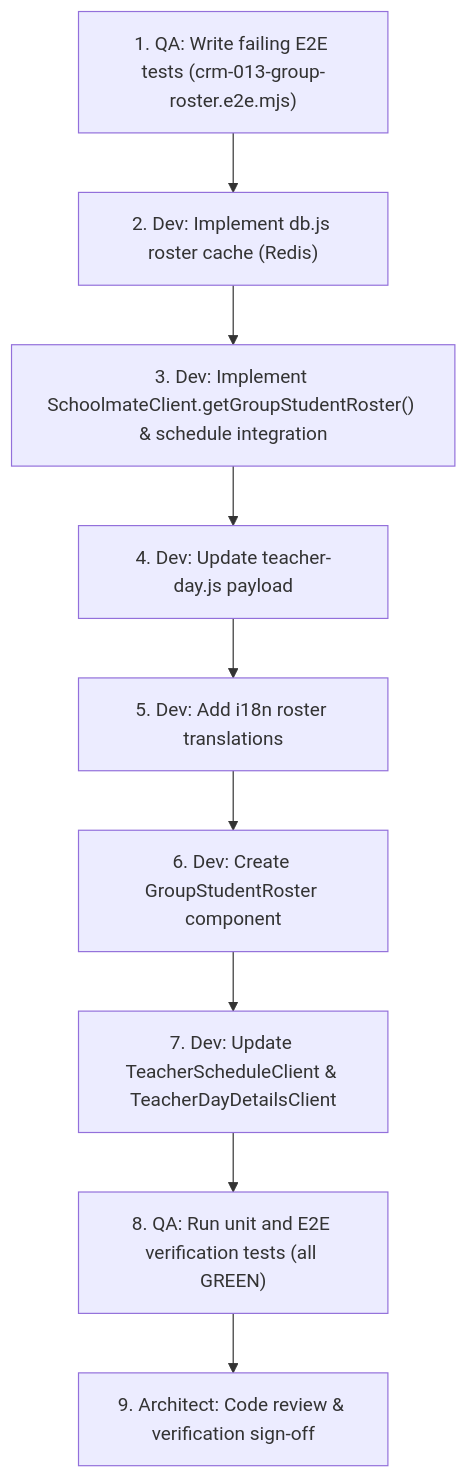
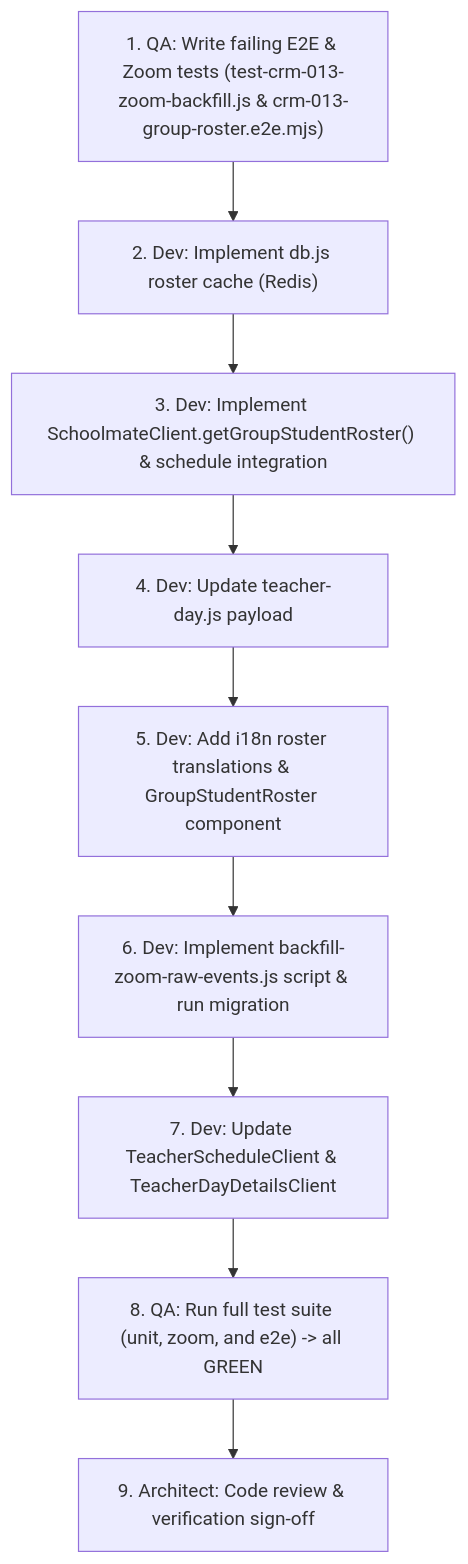
The third of 3 diagrams in ee-crm/docs/architecture/CRM-013-display-group-students-roster-on-teacher-and-day-pages.md (greyGroot/poc-zom-report), drawn with Mermaid before and after one commit. The commit also changed other lines of this file and 11 other files, not shown here.

Commit message:
feat(crm-013): implement raw Zoom events backfill and automated test suite

````diff
--- a/ee-crm/docs/architecture/CRM-013-display-group-students-roster-on-teacher-and-day-pages.md
+++ b/ee-crm/docs/architecture/CRM-013-display-group-students-roster-on-teacher-and-day-pages.md
@@ -312,11 +339,11 @@
 ```mermaid
 flowchart TD
-    A["1. QA: Write failing E2E tests (crm-013-group-roster.e2e.mjs)"] --> B["2. Dev: Implement db.js roster cache (Redis)"]
+    A["1. QA: Write failing E2E & Zoom tests (test-crm-013-zoom-backfill.js & crm-013-group-roster.e2e.mjs)"] --> B["2. Dev: Implement db.js roster cache (Redis)"]
     B --> C["3. Dev: Implement SchoolmateClient.getGroupStudentRoster() & schedule integration"]
     C --> D["4. Dev: Update teacher-day.js payload"]
-    D --> E["5. Dev: Add i18n roster translations"]
-    E --> F["6. Dev: Create GroupStudentRoster component"]
+    D --> E["5. Dev: Add i18n roster translations & GroupStudentRoster component"]
+    E --> F["6. Dev: Implement backfill-zoom-raw-events.js script & run migration"]
     F --> G["7. Dev: Update TeacherScheduleClient & TeacherDayDetailsClient"]
-    G --> H["8. QA: Run unit and E2E verification tests (all GREEN)"]
+    G --> H["8. QA: Run full test suite (unit, zoom, and e2e) -> all GREEN"]
     H --> I["9. Architect: Code review & verification sign-off"]
 ```
````
